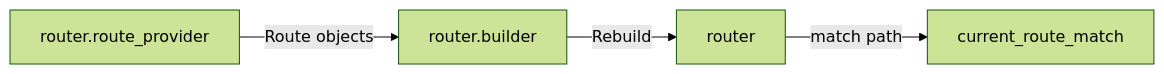
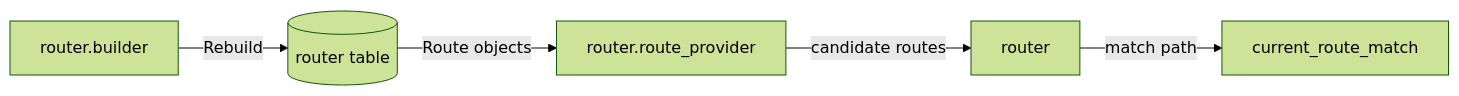
The second of 2 diagrams in docs/internals/route-inspection.md (amitmaity/drupal-docs), drawn with Mermaid (forest theme) before and after one commit. The commit also changed other lines of this file and 83 other files, not shown here.

````diff
--- a/docs/internals/route-inspection.md
+++ b/docs/internals/route-inspection.md
@@ -165,6 +165,7 @@
 ```mermaid
 graph LR
-    RP[router.route_provider] -->|Route objects| RB[router.builder]
-    RB -->|Rebuild| R[router]
+    RB[router.builder] -->|Rebuild| T[(router table)]
+    T -->|Route objects| RP[router.route_provider]
+    RP -->|candidate routes| R[router]
     R -->|match path| RM[current_route_match]
 ```
````
